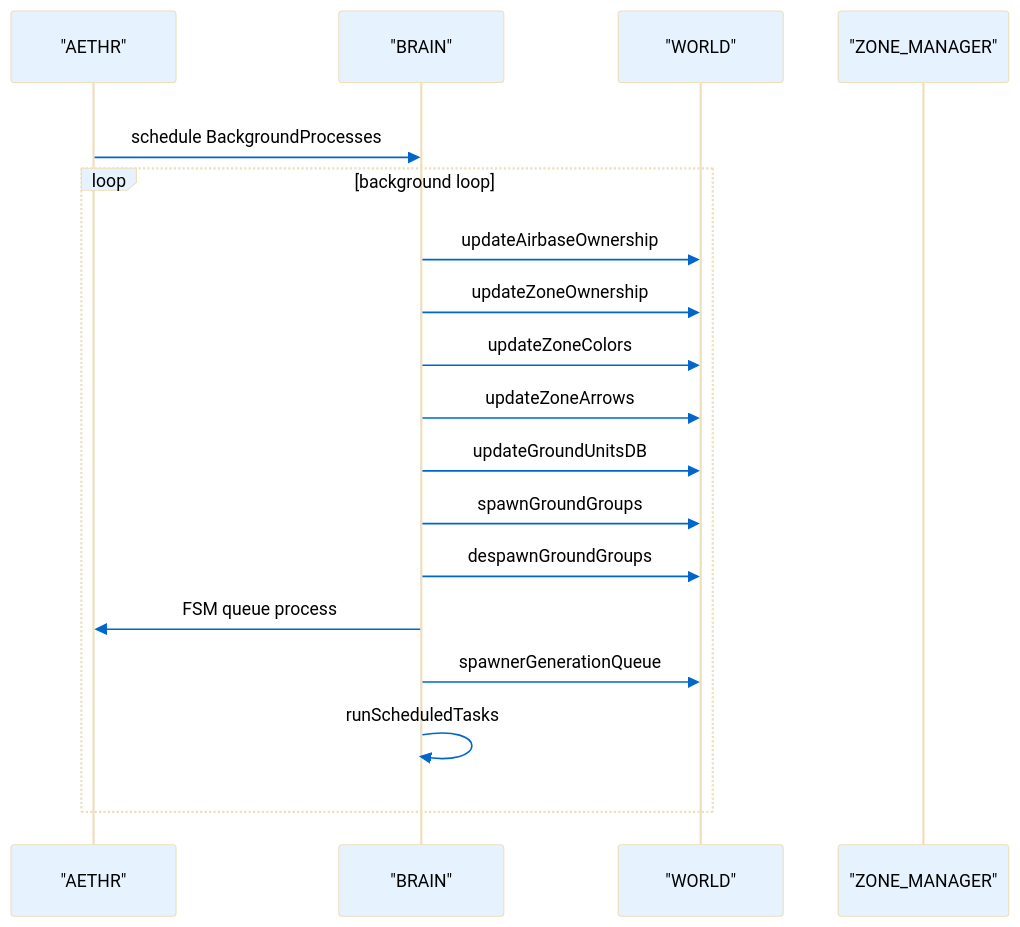
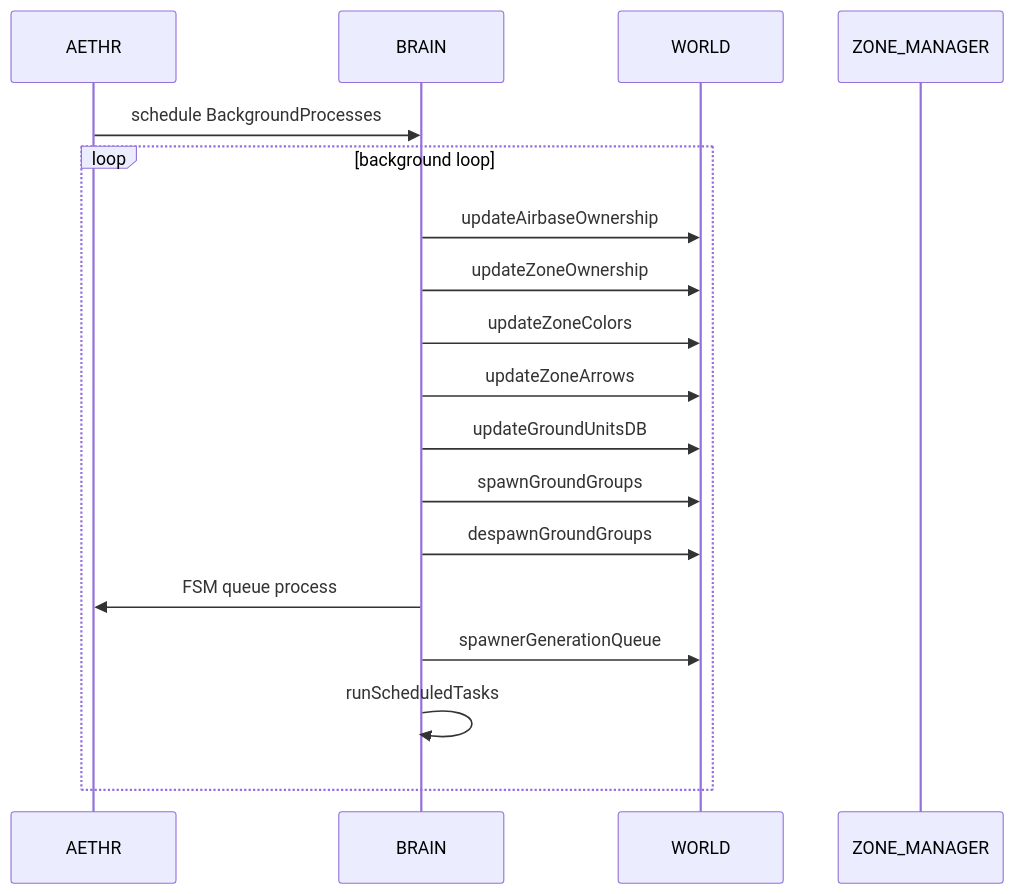
One commit to Gh0st352/AETHR changed the fourth of 4 diagrams in docs/aethr/README.md. Above: the diagram before and after it, drawn with Mermaid. The commit also changed other lines of this file and 20 other files, not shown here.

First line of the commit message:
docs: unify mermaid themes and clarify module graphs

````diff
--- a/docs/aethr/README.md
+++ b/docs/aethr/README.md
@@ -156,24 +126,22 @@
 ```mermaid
-%%{init: {"theme":"base","themeVariables":{"actorBkg":"#e6f3ff","actorTextColor":"#000000ff","lineColor":"#495057","signalColor":"#0066cc","signalTextColor":"#000000ff","textColor":"#000000ff","fontSize":"14px"}}}%%
+%% shared theme: docs/_mermaid/theme.json %%
 sequenceDiagram
-  participant A as "AETHR"
-  participant B as "BRAIN"
-  participant W as "WORLD"
-  participant Z as "ZONE_MANAGER"
+  participant A as AETHR
+  participant B as BRAIN
+  participant W as WORLD
+  participant Z as ZONE_MANAGER
 
-  rect rgba(255,255,255,0.75)
-    A->>B: schedule BackgroundProcesses
-    loop background loop
-      B->>W: updateAirbaseOwnership
-      B->>W: updateZoneOwnership
-      B->>W: updateZoneColors
-      B->>W: updateZoneArrows
-      B->>W: updateGroundUnitsDB
-      B->>W: spawnGroundGroups
-      B->>W: despawnGroundGroups
-      B->>A: FSM queue process
-      B->>W: spawnerGenerationQueue
-      B->>B: runScheduledTasks
-    end
+  A->>B: schedule BackgroundProcesses
+  loop background loop
+    B->>W: updateAirbaseOwnership
+    B->>W: updateZoneOwnership
+    B->>W: updateZoneColors
+    B->>W: updateZoneArrows
+    B->>W: updateGroundUnitsDB
+    B->>W: spawnGroundGroups
+    B->>W: despawnGroundGroups
+    B->>A: FSM queue process
+    B->>W: spawnerGenerationQueue
+    B->>B: runScheduledTasks
   end
 ```
````
